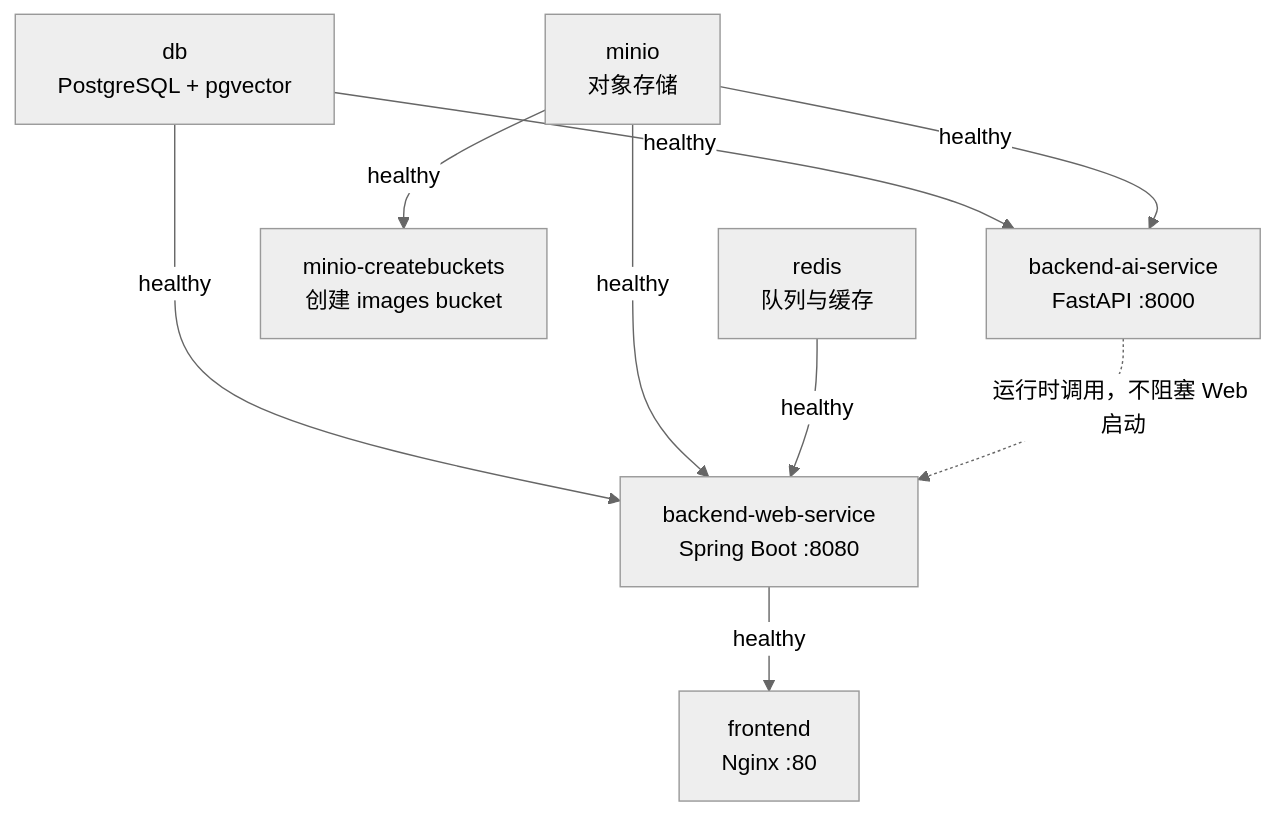
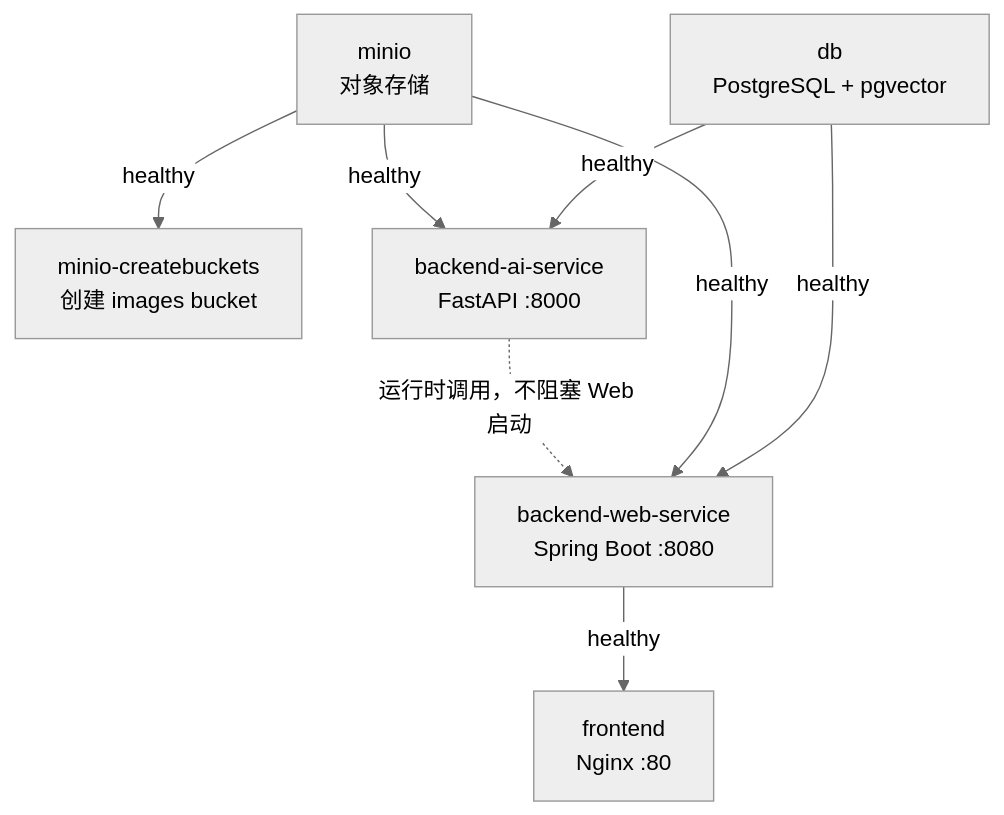
Before and after one commit to tamakara/bakabooru: the first of 2 diagrams in docs/deployment.md, drawn with Mermaid (neutral theme). The commit also changed other lines of this file and 31 other files, not shown here.

````diff
--- a/docs/deployment.md
+++ b/docs/deployment.md
@@ -7,19 +7,17 @@
 ```mermaid
 flowchart TD
     DB["db<br/>PostgreSQL + pgvector"]
     MinIO["minio<br/>对象存储"]
-    Redis["redis<br/>队列与缓存"]
     Init["minio-createbuckets<br/>创建 images bucket"]
     AI["backend-ai-service<br/>FastAPI :8000"]
     Web["backend-web-service<br/>Spring Boot :8080"]
     Front["frontend<br/>Nginx :80"]
 
     MinIO -->|"healthy"| Init
     DB -->|"healthy"| AI
     MinIO -->|"healthy"| AI
     DB -->|"healthy"| Web
     MinIO -->|"healthy"| Web
-    Redis -->|"healthy"| Web
     Web -->|"healthy"| Front
     AI -.->|"运行时调用，不阻塞 Web 启动"| Web
 ```
````
